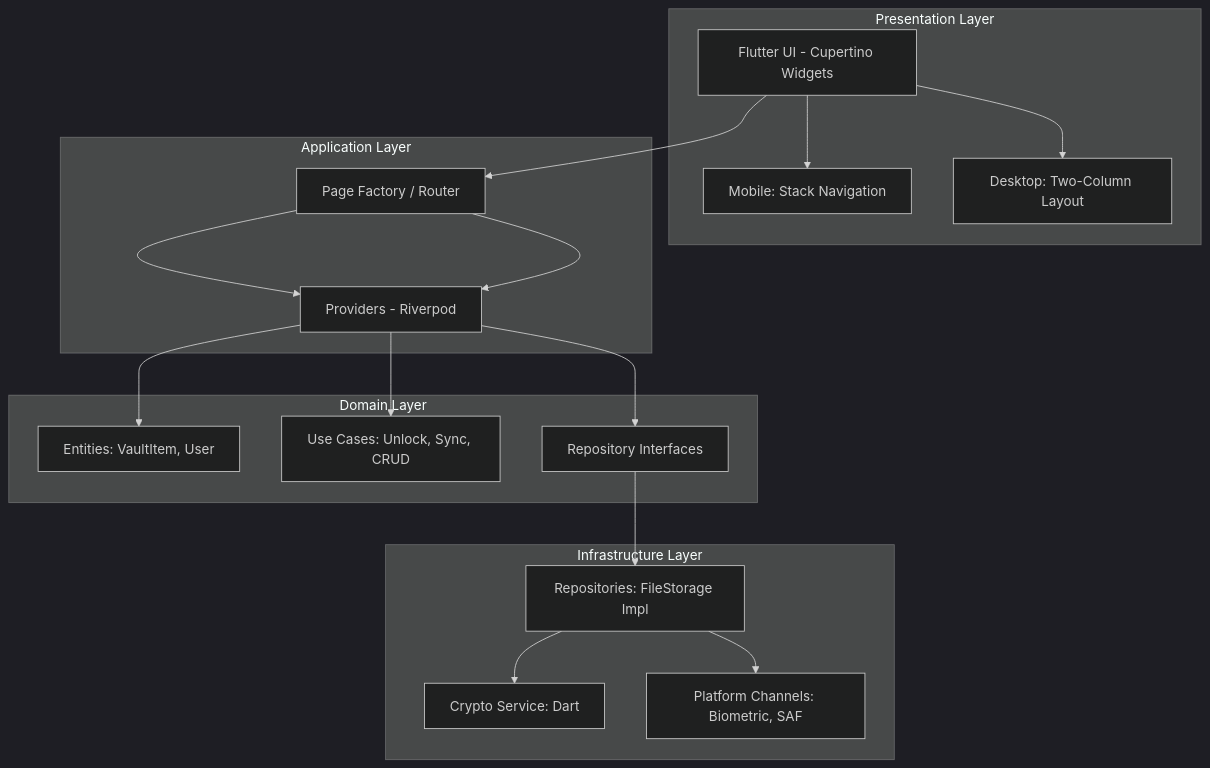
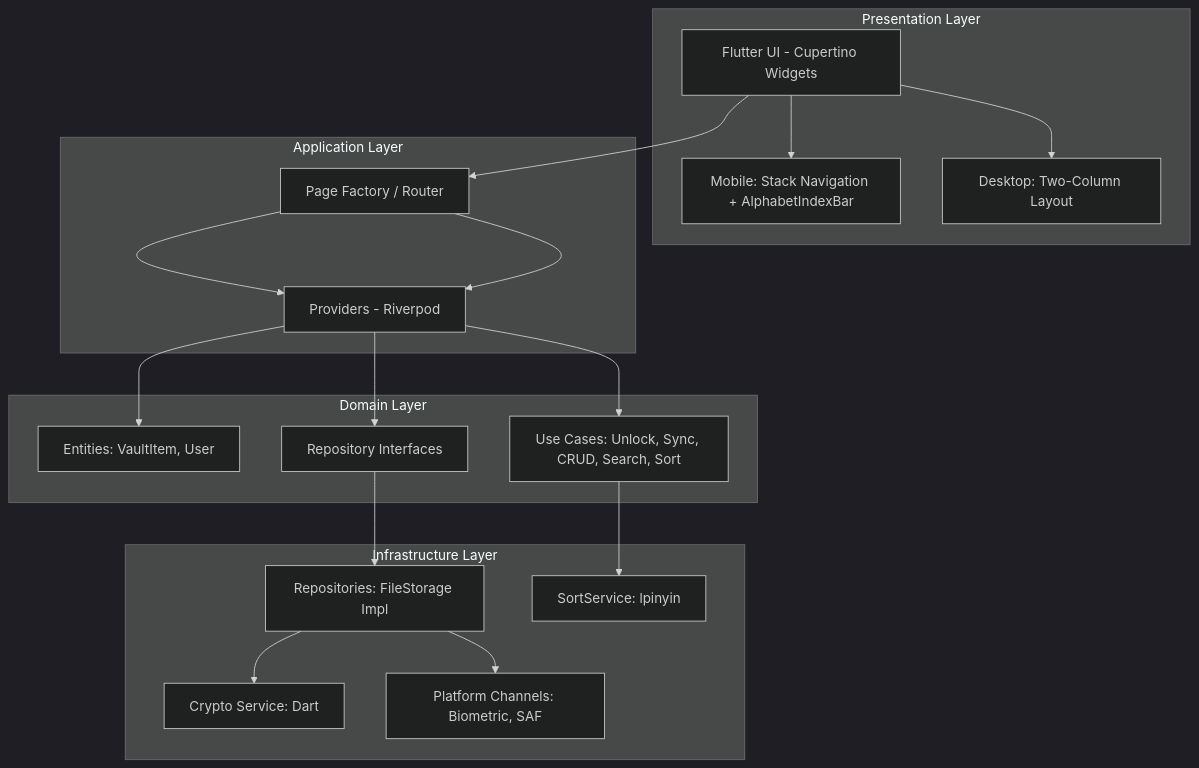
The diagram in docs/Architecture_Design.md (HardyDou/Hedge), drawn with Mermaid (dark theme) before and after one commit. The commit also changed other lines of this file and 12 other files, not shown here.

First line of the commit message:
feat: implement pinyin search/sort and fix vault unlock crash

````diff
--- a/docs/Architecture_Design.md
+++ b/docs/Architecture_Design.md
@@ -32,34 +32,36 @@
 ```mermaid
 graph TD
     subgraph Presentation Layer
         A[Flutter UI - Cupertino Widgets]
-        A --> A1[Mobile: Stack Navigation]
+        A --> A1[Mobile: Stack Navigation + AlphabetIndexBar]
         A --> A2[Desktop: Two-Column Layout]
     end
 
     subgraph Application Layer
         B[Page Factory / Router]
         B --> C[Providers - Riverpod]
     end
 
     subgraph Domain Layer
         D[Entities: VaultItem, User]
-        E[Use Cases: Unlock, Sync, CRUD]
+        E[Use Cases: Unlock, Sync, CRUD, Search, Sort]
         F[Repository Interfaces]
     end
 
     subgraph Infrastructure Layer
         G[Repositories: FileStorage Impl]
         H[Crypto Service: Dart]
         I[Platform Channels: Biometric, SAF]
+        J[SortService: lpinyin]
     end
 
     A --> B
     B --> C
     C --> D
     C --> E
     C --> F
     F --> G
     G --> H
     G --> I
+    E --> J
 ```
````
